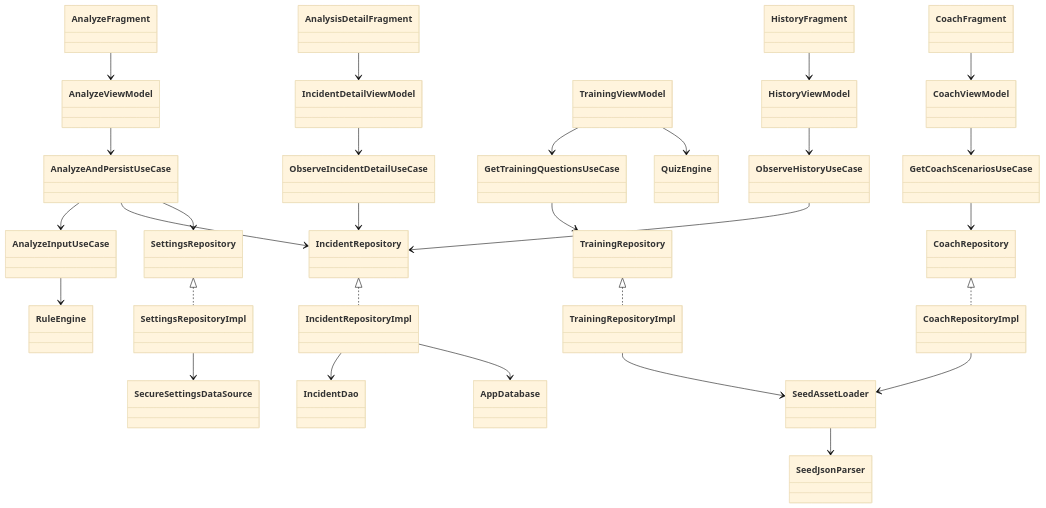
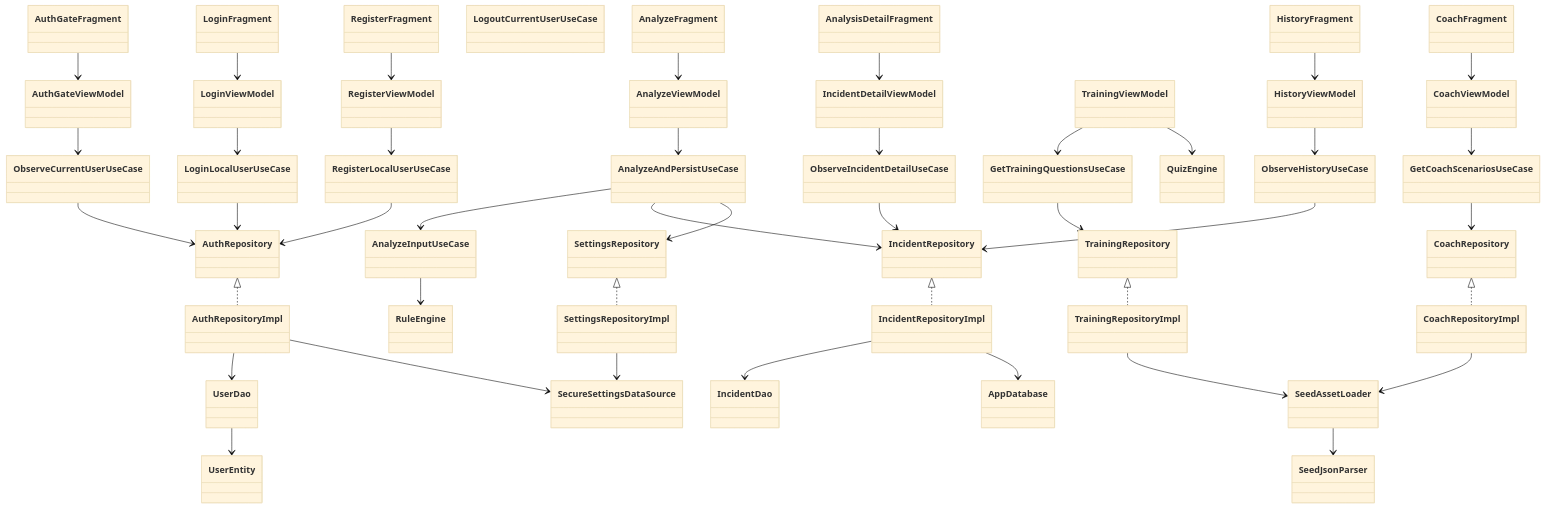
The diagram in docs/Diagrama_Clases.md (estefaniajm94/Proyecto-final), drawn with Mermaid (base theme) before and after one commit. The commit also changed other lines of this file and 82 other files, not shown here.

Commit message:
feat: add local auth and circular risk UI

````diff
--- a/docs/Diagrama_Clases.md
+++ b/docs/Diagrama_Clases.md
@@ -4,5 +4,19 @@
 ```mermaid
 classDiagram
+    class AuthGateFragment
+    class AuthGateViewModel
+    class LoginFragment
+    class LoginViewModel
+    class RegisterFragment
+    class RegisterViewModel
+    class LoginLocalUserUseCase
+    class RegisterLocalUserUseCase
+    class ObserveCurrentUserUseCase
+    class LogoutCurrentUserUseCase
+    class AuthRepository
+    class AuthRepositoryImpl
+    class UserDao
+    class UserEntity
     class AnalyzeFragment
     class AnalyzeViewModel
     class AnalyzeAndPersistUseCase
@@ -33,6 +47,20 @@
     class HistoryFragment
     class HistoryViewModel
     class ObserveHistoryUseCase
+
+    AuthGateFragment --> AuthGateViewModel
+    AuthGateViewModel --> ObserveCurrentUserUseCase
+    ObserveCurrentUserUseCase --> AuthRepository
+    LoginFragment --> LoginViewModel
+    LoginViewModel --> LoginLocalUserUseCase
+    LoginLocalUserUseCase --> AuthRepository
+    RegisterFragment --> RegisterViewModel
+    RegisterViewModel --> RegisterLocalUserUseCase
+    RegisterLocalUserUseCase --> AuthRepository
+    AuthRepository <|.. AuthRepositoryImpl
+    AuthRepositoryImpl --> UserDao
+    AuthRepositoryImpl --> SecureSettingsDataSource
+    UserDao --> UserEntity
 
     AnalyzeFragment --> AnalyzeViewModel
     AnalyzeViewModel --> AnalyzeAndPersistUseCase
````
